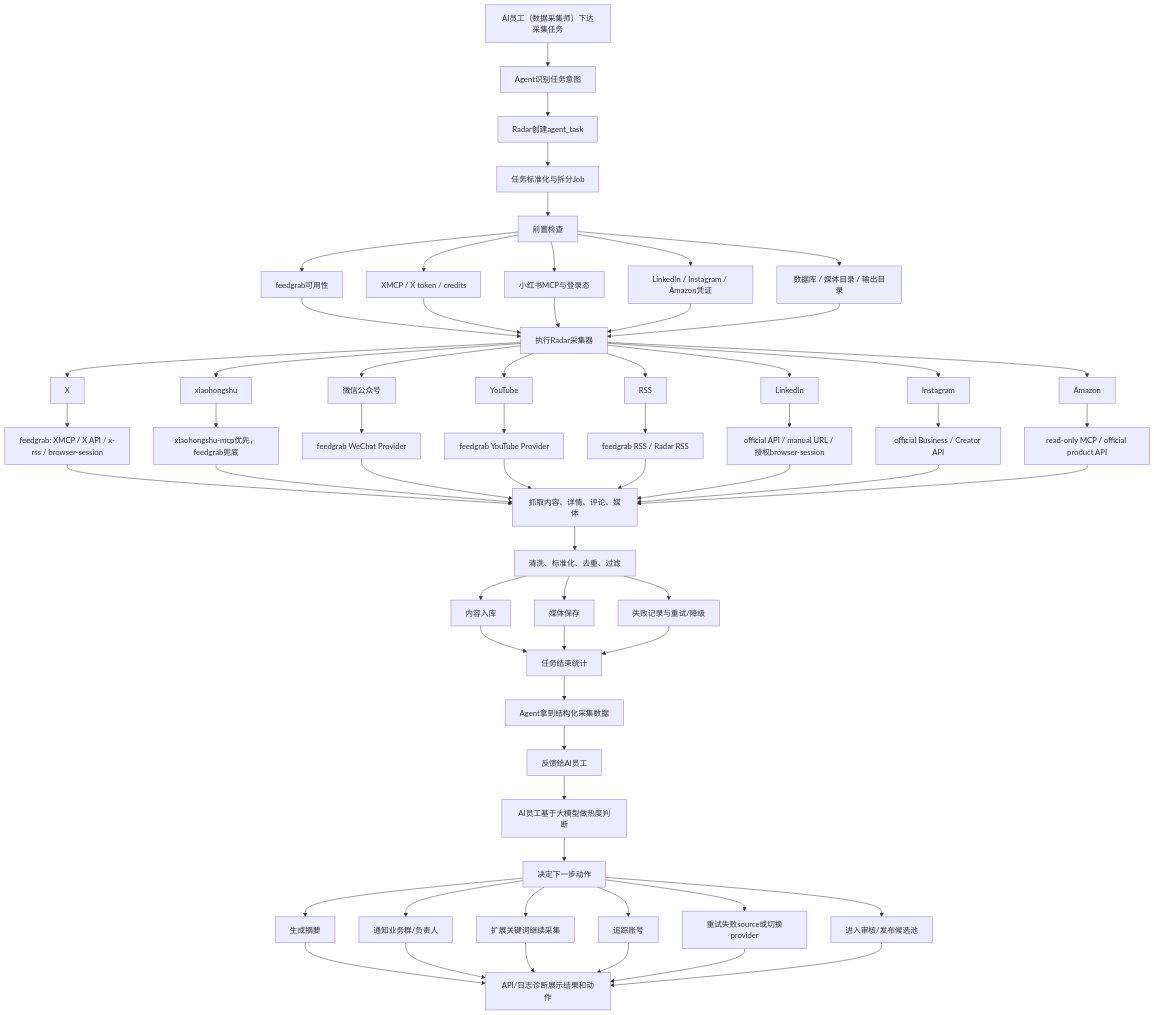
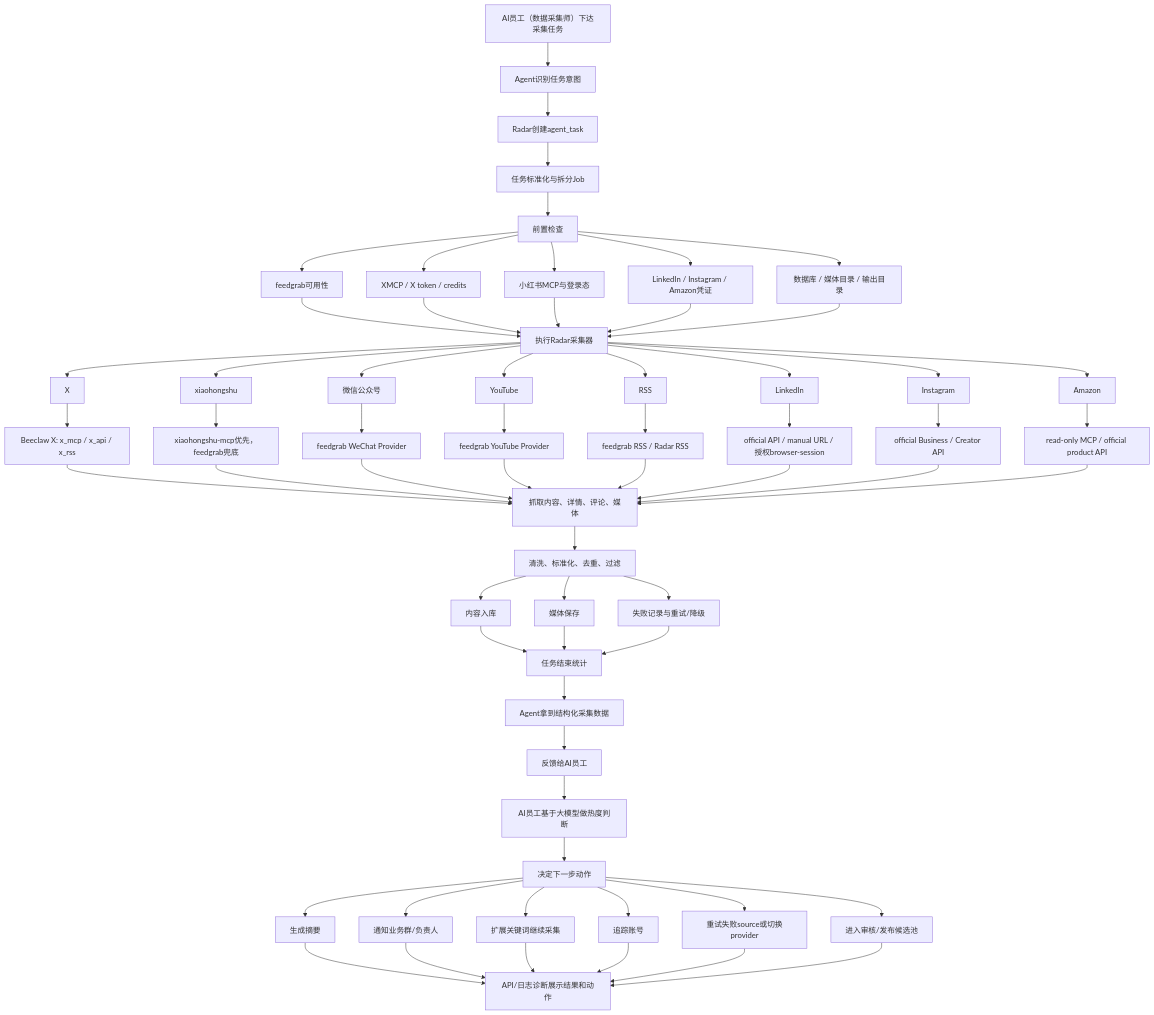
The diagram in docs/数据采集Agent落地方案.md (Zanetach/radar-claw), drawn with Mermaid before and after one commit. The commit also changed other lines of this file and 42 other files, not shown here.

````diff
--- a/docs/数据采集Agent落地方案.md
+++ b/docs/数据采集Agent落地方案.md
@@ -510,74 +512,74 @@
 ```mermaid
 flowchart TD
     A["AI员工（数据采集师）下达采集任务"] --> B["Agent识别任务意图"]
     B --> C["Radar创建agent_task"]
     C --> D["任务标准化与拆分Job"]
     D --> E["前置检查"]
 
     E --> E1["feedgrab可用性"]
     E --> E2["XMCP / X token / credits"]
     E --> E3["小红书MCP与登录态"]
     E --> E4["LinkedIn / Instagram / Amazon凭证"]
     E --> E5["数据库 / 媒体目录 / 输出目录"]
 
     E1 --> F["执行Radar采集器"]
     E2 --> F
     E3 --> F
     E4 --> F
     E5 --> F
 
     F --> P1["X"]
     F --> P2["xiaohongshu"]
     F --> P3["微信公众号"]
     F --> P4["YouTube"]
     F --> P5["RSS"]
     F --> P6["LinkedIn"]
     F --> P7["Instagram"]
     F --> P8["Amazon"]
 
-    P1 --> R1["feedgrab: XMCP / X API / x-rss / browser-session"]
+    P1 --> R1["Beeclaw X: x_mcp / x_api / x_rss"]
     P2 --> R2["xiaohongshu-mcp优先，feedgrab兜底"]
     P3 --> R3["feedgrab WeChat Provider"]
     P4 --> R4["feedgrab YouTube Provider"]
     P5 --> R5["feedgrab RSS / Radar RSS"]
     P6 --> R6["official API / manual URL / 授权browser-session"]
     P7 --> R7["official Business / Creator API"]
     P8 --> R8["read-only MCP / official product API"]
 
     R1 --> G["抓取内容、详情、评论、媒体"]
     R2 --> G
     R3 --> G
     R4 --> G
     R5 --> G
     R6 --> G
     R7 --> G
     R8 --> G
 
     G --> H["清洗、标准化、去重、过滤"]
     H --> I["内容入库"]
     H --> J["媒体保存"]
     H --> K["失败记录与重试/降级"]
 
     I --> L["任务结束统计"]
     J --> L
     K --> L
 
     L --> M["Agent拿到结构化采集数据"]
     M --> N["反馈给AI员工"]
     N --> O["AI员工基于大模型做热度判断"]
     O --> Q["决定下一步动作"]
 
     Q --> Q1["生成摘要"]
     Q --> Q2["通知业务群/负责人"]
     Q --> Q3["扩展关键词继续采集"]
     Q --> Q4["追踪账号"]
     Q --> Q5["重试失败source或切换provider"]
     Q --> Q6["进入审核/发布候选池"]
 
     Q1 --> Z["API/日志诊断展示结果和动作"]
     Q2 --> Z
     Q3 --> Z
     Q4 --> Z
     Q5 --> Z
     Q6 --> Z
 ```
````
